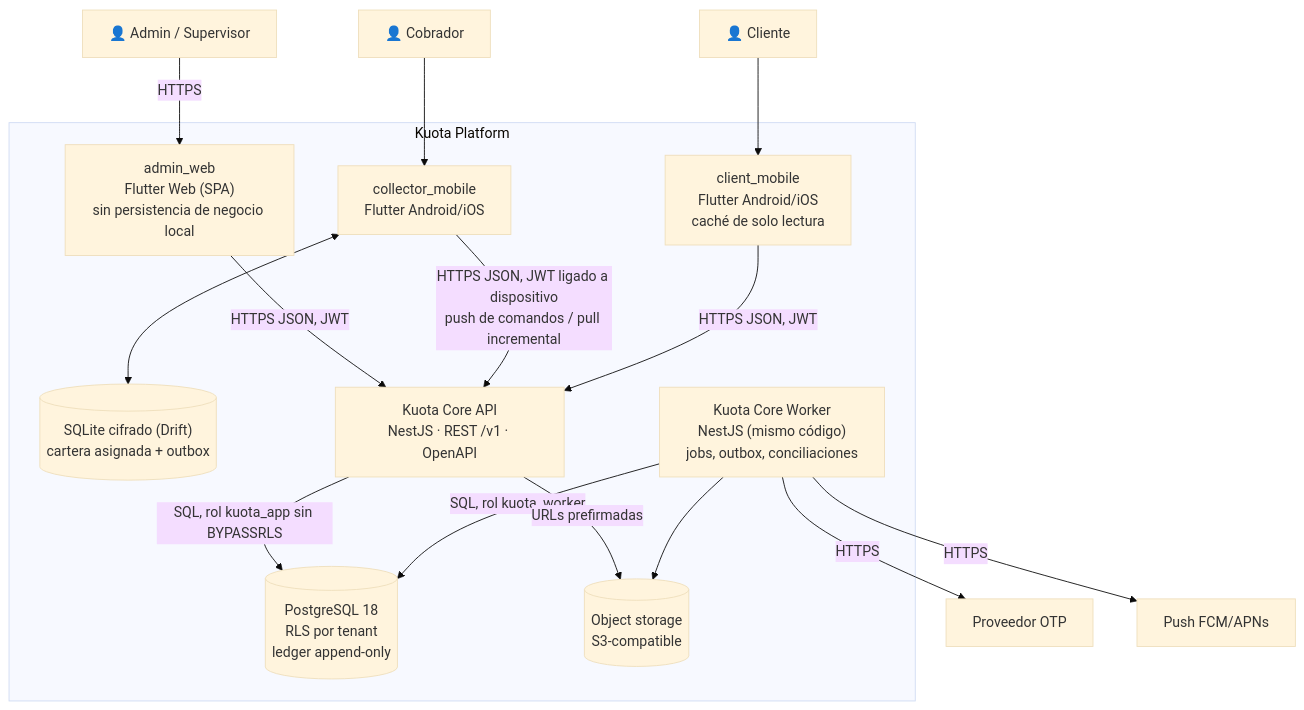
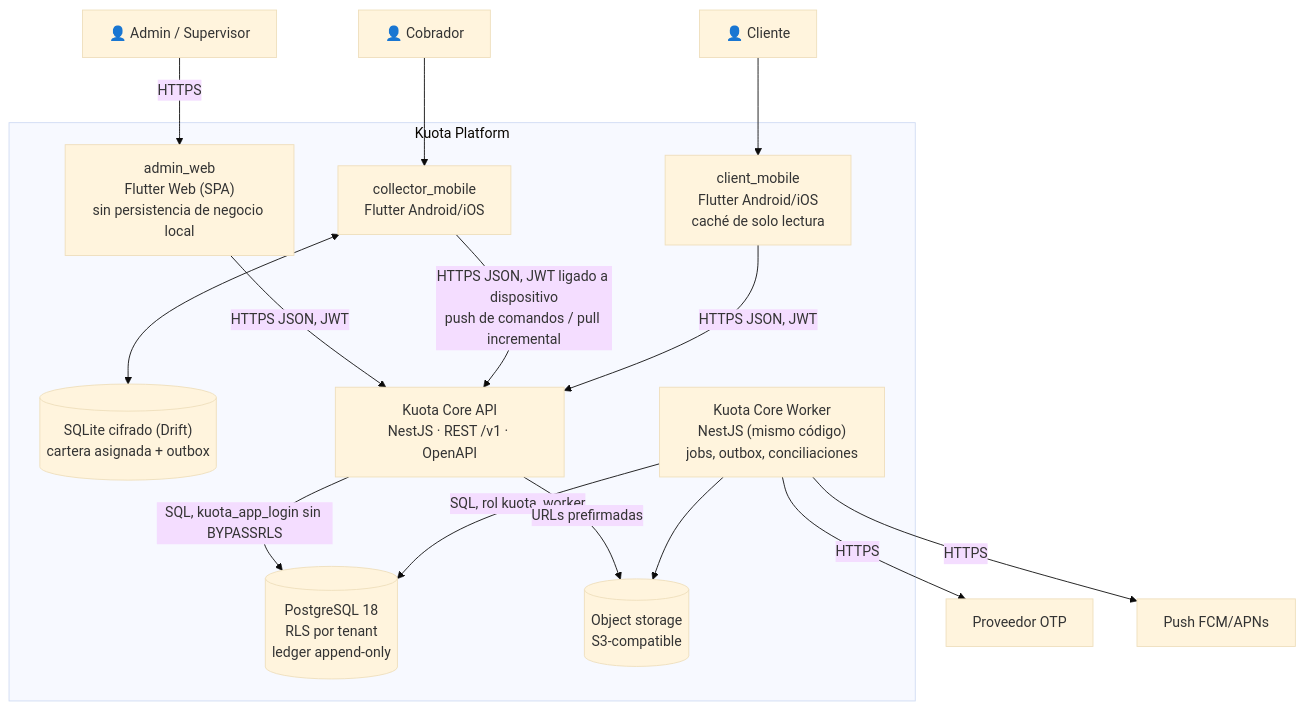
Before and after one commit to aguila486/kuota-platform: the diagram in docs/architecture/c4-containers.md, drawn with Mermaid (base theme). The commit also changed other lines of this file and 8 other files, not shown here.

First line of the commit message:
docs(docs): align architecture, security and quality docs with accepted decisions

````diff
--- a/docs/architecture/c4-containers.md
+++ b/docs/architecture/c4-containers.md
@@ -7,33 +7,33 @@
 ```mermaid
 flowchart TB
     ADM["👤 Admin / Supervisor"]
     COL["👤 Cobrador"]
     CLI["👤 Cliente"]
 
     subgraph Kuota["Kuota Platform"]
         AW["admin_web<br/>Flutter Web (SPA)<br/>sin persistencia de negocio local"]
         CM["collector_mobile<br/>Flutter Android/iOS"]
         CDB[("SQLite cifrado (Drift)<br/>cartera asignada + outbox")]
         CA["client_mobile<br/>Flutter Android/iOS<br/>caché de solo lectura"]
         API["Kuota Core API<br/>NestJS · REST /v1 · OpenAPI"]
         WK["Kuota Core Worker<br/>NestJS (mismo código)<br/>jobs, outbox, conciliaciones"]
         PG[("PostgreSQL 18<br/>RLS por tenant<br/>ledger append-only")]
         OS[("Object storage<br/>S3-compatible")]
     end
     OTP["Proveedor OTP"]
     PUSH["Push FCM/APNs"]
 
     ADM -->|HTTPS| AW
     COL --> CM
     CLI --> CA
     CM <--> CDB
     AW -->|HTTPS JSON, JWT| API
     CM -->|HTTPS JSON, JWT ligado a dispositivo<br/>push de comandos / pull incremental| API
     CA -->|HTTPS JSON, JWT| API
-    API -->|SQL, rol kuota_app sin BYPASSRLS| PG
+    API -->|SQL, kuota_app_login sin BYPASSRLS| PG
     WK -->|SQL, rol kuota_worker| PG
     API -->|URLs prefirmadas| OS
     WK --> OS
     WK -->|HTTPS| OTP
     WK -->|HTTPS| PUSH
 ```
````
